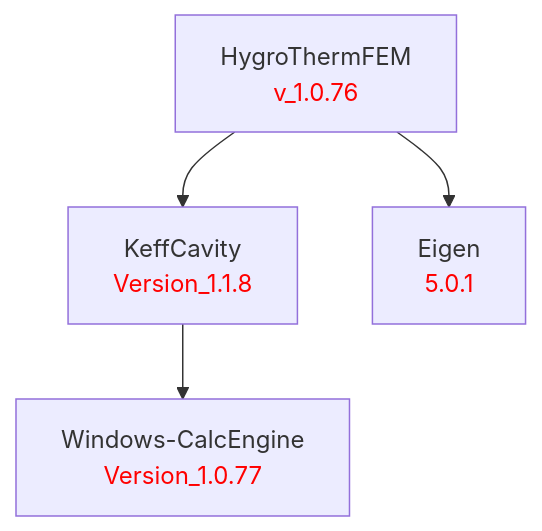
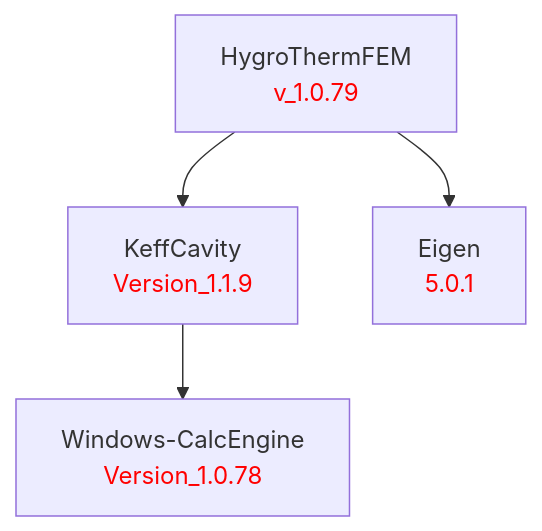
One commit to LBNL-ETA/HygroThermFEM changed the diagram in doc/HygroThermFEM.md. Above: the diagram before and after it, drawn with Mermaid. The commit also changed 1 other file, not shown here.

Commit message:
Bump to v_1.0.79; KeffCavity Version_1.1.8 -> Version_1.1.9; refresh dep chart
KeffCavity Version_1.1.9 pins Windows-CalcEngine Version_1.0.78.

````diff
--- a/doc/HygroThermFEM.md
+++ b/doc/HygroThermFEM.md
@@ -1,13 +1,13 @@
 ```mermaid
 graph TD
     %% Package definitions
-    HygroThermFEM[HygroThermFEM<br/><font color='red'>v_1.0.76</font>]
-    KeffCavity[KeffCavity<br/><font color='red'>Version_1.1.8</font>]
+    HygroThermFEM[HygroThermFEM<br/><font color='red'>v_1.0.79</font>]
+    KeffCavity[KeffCavity<br/><font color='red'>Version_1.1.9</font>]
     Eigen[Eigen<br/><font color='red'>5.0.1</font>]
-    WindowsCalcEngine[Windows-CalcEngine<br/><font color='red'>Version_1.0.77</font>]
+    WindowsCalcEngine[Windows-CalcEngine<br/><font color='red'>Version_1.0.78</font>]
 
     %% Package relations
     HygroThermFEM --> KeffCavity
     HygroThermFEM --> Eigen
     KeffCavity --> WindowsCalcEngine
 ```
````
